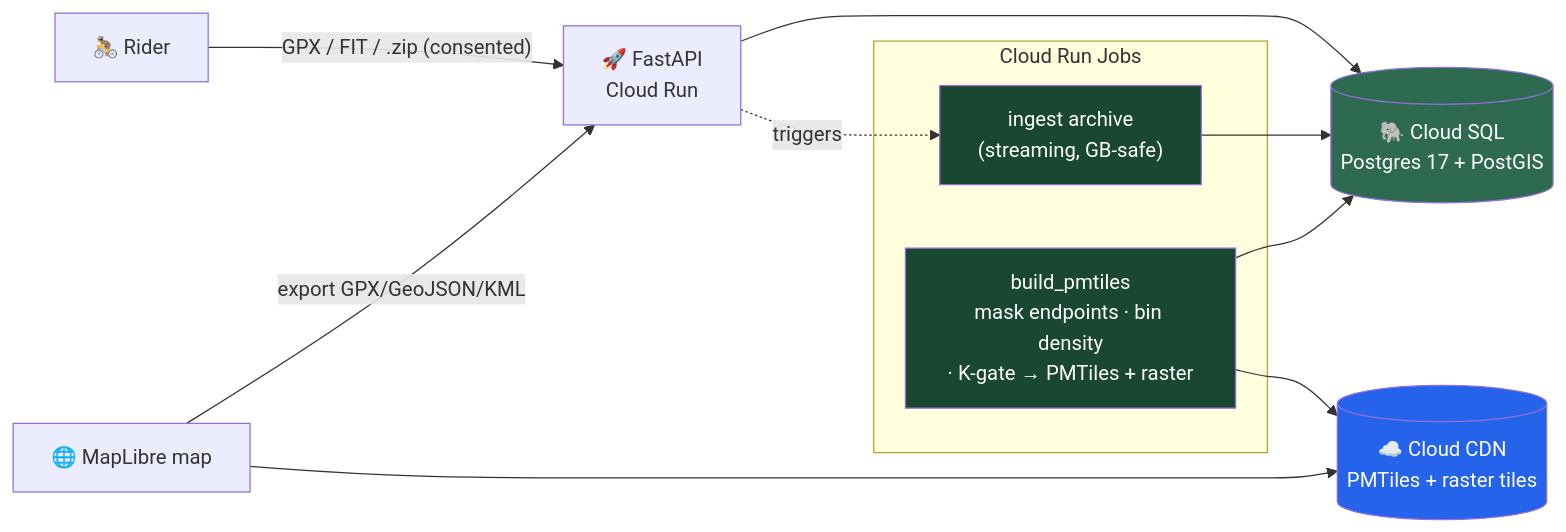
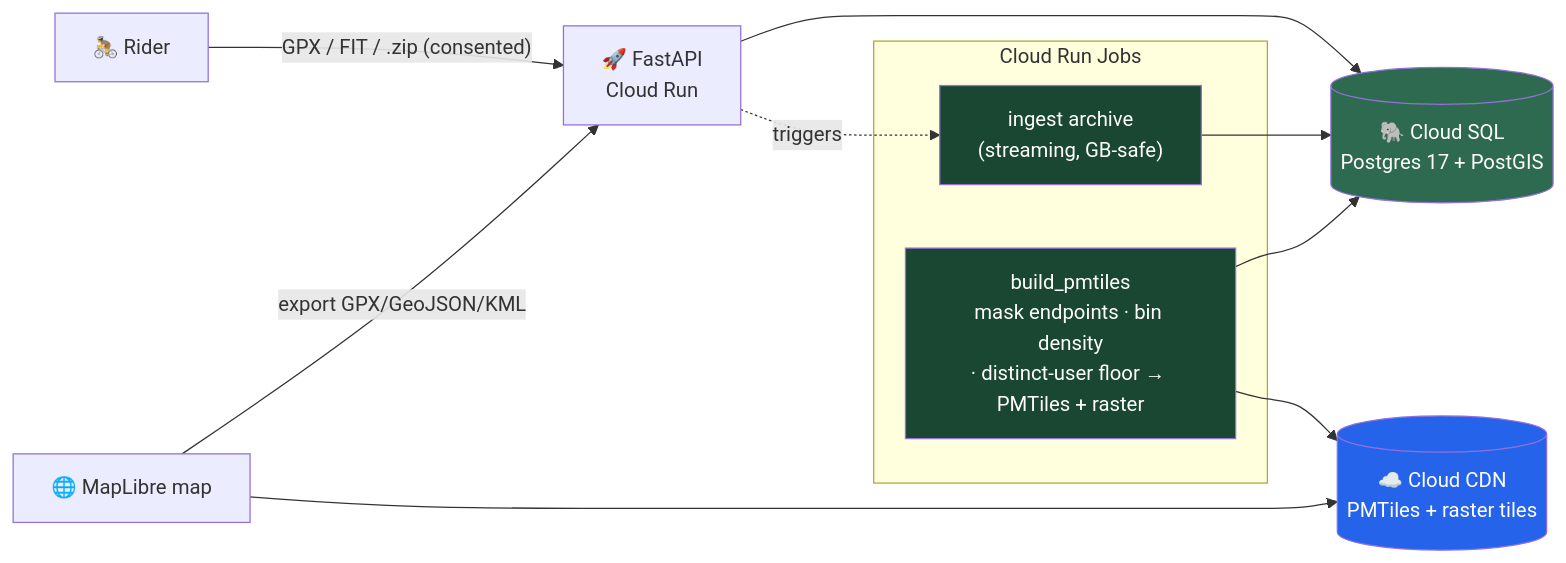
Before and after one commit to polomarcus/common-trails: the diagram in README.md, drawn with Mermaid. The commit also changed other lines of this file and 43 other files, not shown here.

````diff
--- a/README.md
+++ b/README.md
@@ -110,19 +112,19 @@
 ```mermaid
 graph LR
     User["🚴 Rider"] -->|"GPX / FIT / .zip (consented)"| API["🚀 FastAPI<br/>Cloud Run"]
     API --> DB[("🐘 Cloud SQL<br/>Postgres 17 + PostGIS")]
     subgraph Jobs["Cloud Run Jobs"]
         Drain["ingest archive<br/>(streaming, GB-safe)"]
-        Build["build_pmtiles<br/>mask endpoints · bin density<br/>· K-gate → PMTiles + raster"]
+        Build["build_pmtiles<br/>mask endpoints · bin density<br/>· distinct-user floor → PMTiles + raster"]
     end
     API -. triggers .-> Drain
     Drain --> DB
     Build --> DB
     Build --> CDN[("☁️ Cloud CDN<br/>PMTiles + raster tiles")]
     Browser["🌐 MapLibre map"] --> CDN
     Browser -->|export GPX/GeoJSON/KML| API
     style DB fill:#2d6a4f,color:#fff
     style CDN fill:#2563eb,color:#fff
     style Build fill:#1a4731,color:#fff
     style Drain fill:#1a4731,color:#fff
 ```
````
